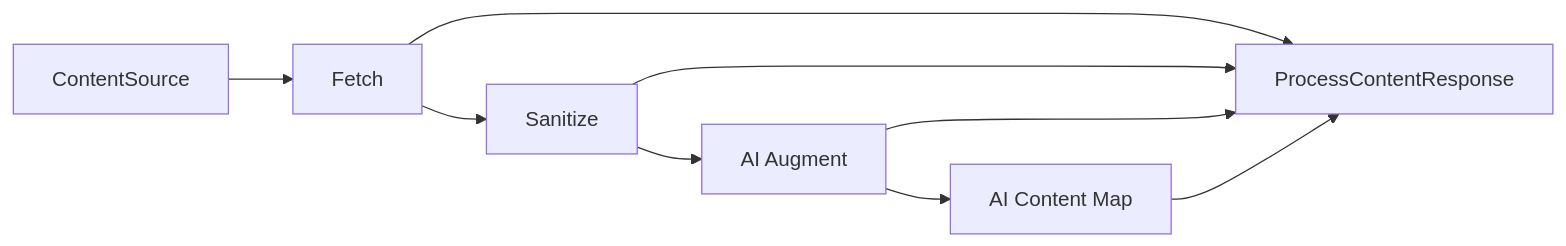
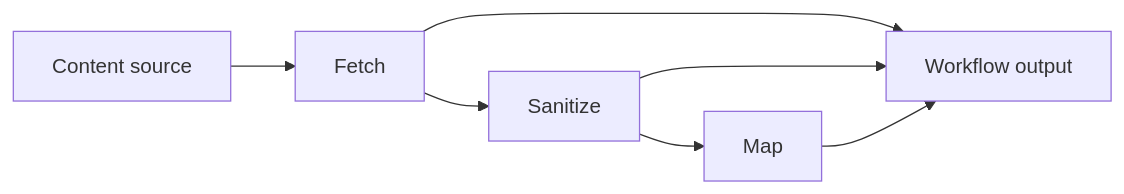
The diagram in dev/specs/spec-main.md (zcoder-run/rust-zmapr), drawn with Mermaid before and after one commit. The commit also changed other lines of this file and 34 other files, not shown here.

````diff
--- a/dev/specs/spec-main.md
+++ b/dev/specs/spec-main.md
@@ -42,11 +65,9 @@
 ```mermaid
 flowchart LR
-    source[ContentSource] --> fetch[Fetch]
+    source[Content source] --> fetch[Fetch]
     fetch --> sanitize[Sanitize]
-    sanitize --> augment[AI Augment]
-    augment --> map[AI Content Map]
-    fetch --> response[ProcessContentResponse]
+    sanitize --> map[Map]
+    fetch --> response[Workflow output]
     sanitize --> response
-    augment --> response
     map --> response
 ```
````
